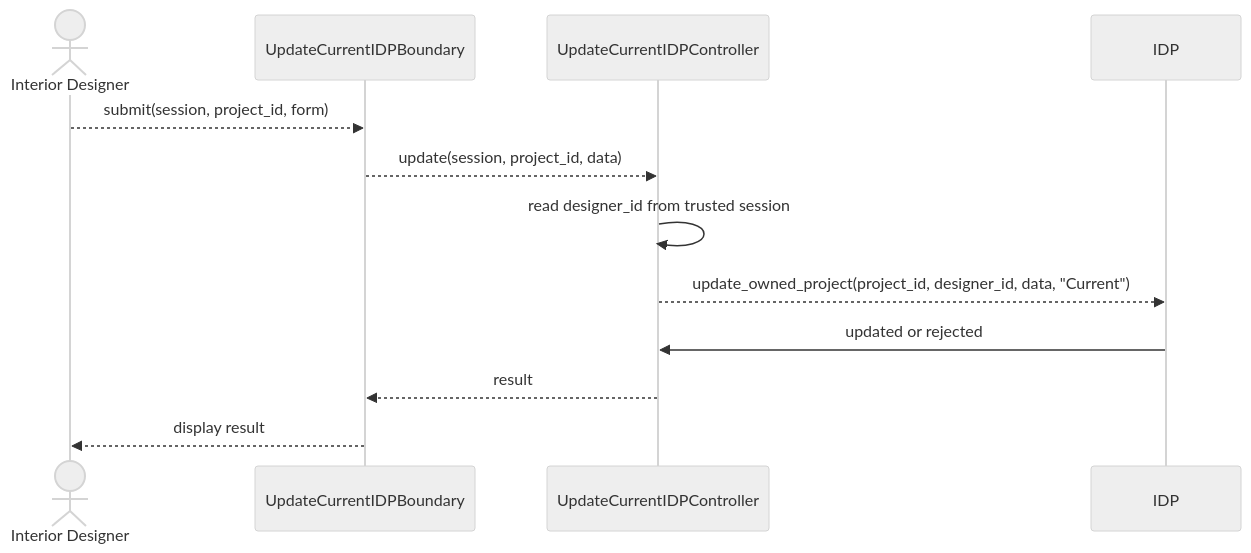
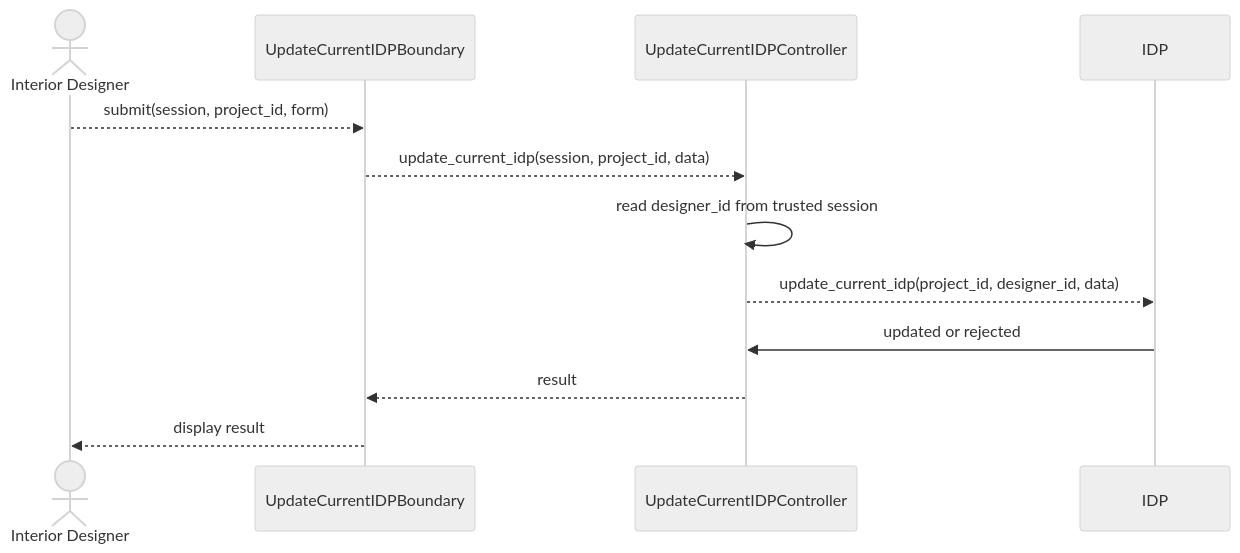
One commit to boyinapuddle/CSIT314-Chinese changed the second of 2 diagrams in diagrams/US22_Update_Current_IDP/README.md. Above: the diagram before and after it, drawn with Mermaid (neutral theme). The commit also changed other lines of this file and 140 other files, not shown here.

````diff
--- a/diagrams/US22_Update_Current_IDP/README.md
+++ b/diagrams/US22_Update_Current_IDP/README.md
@@ -20,14 +20,14 @@
 ```mermaid
 sequenceDiagram
     actor P0 as Interior Designer
     participant P1 as UpdateCurrentIDPBoundary
     participant P2 as UpdateCurrentIDPController
     participant P3 as IDP
     P0-->>P1: submit(session, project_id, form)
-    P1-->>P2: update(session, project_id, data)
+    P1-->>P2: update_current_idp(session, project_id, data)
     P2->>P2: read designer_id from trusted session
-    P2-->>P3: update_owned_project(project_id, designer_id, data, "Current")
+    P2-->>P3: update_current_idp(project_id, designer_id, data)
     P3->>P2: updated or rejected
     P2-->>P1: result
     P1-->>P0: display result
 ```
````
